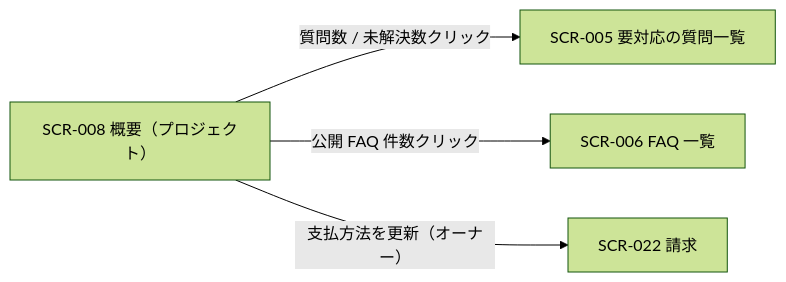
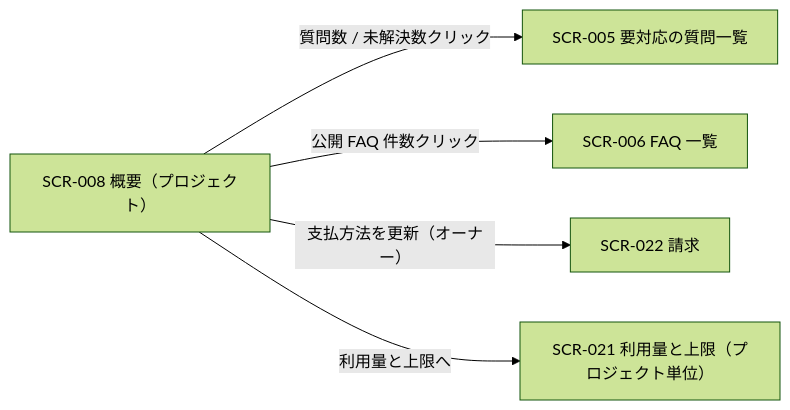
One commit to sikakou54/open-faq changed the diagram in 02_basic-design/SCR-008.md. Above: the diagram before and after it, drawn with Mermaid (forest theme). The commit also changed 3 other files, not shown here.

````diff
--- a/02_basic-design/SCR-008.md
+++ b/02_basic-design/SCR-008.md
@@ -36,10 +36,12 @@
 ```mermaid
 flowchart LR
   S8["SCR-008 概要（プロジェクト）"]
   S5["SCR-005 要対応の質問一覧"]
   S6["SCR-006 FAQ 一覧"]
   S22["SCR-022 請求"]
+  S21["SCR-021 利用量と上限（プロジェクト単位）"]
   S8 -->|質問数 / 未解決数クリック| S5
   S8 -->|公開 FAQ 件数クリック| S6
   S8 -->|支払方法を更新（オーナー）| S22
+  S8 -->|利用量と上限へ| S21
 ```
````
